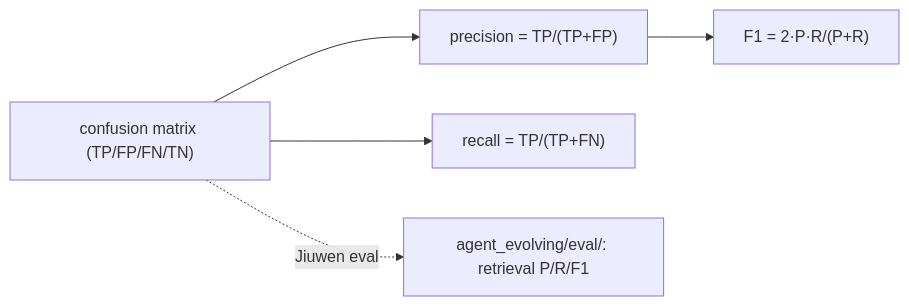
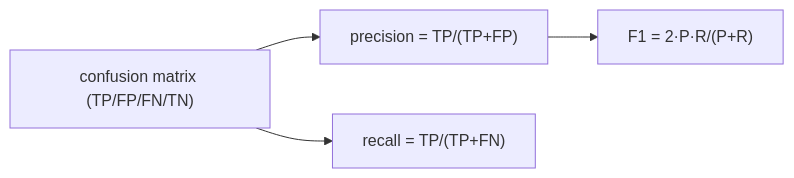
Before and after one commit to michaelatamuk/openjiuwen-knowledge: the seventh of 18 diagrams in content/topics/00-ml-foundations.md, drawn with Mermaid. The commit also changed other lines of this file and 57 other files, not shown here.

````diff
--- a/content/topics/00-ml-foundations.md
+++ b/content/topics/00-ml-foundations.md
@@ -208,7 +140,6 @@
 ```mermaid
 flowchart LR
     CM["confusion matrix (TP/FP/FN/TN)"] --> P["precision = TP/(TP+FP)"]
     CM --> R["recall = TP/(TP+FN)"]
     P --> F["F1 = 2·P·R/(P+R)"]
-    CM -.->|"Jiuwen eval"| EV["agent_evolving/eval/: retrieval P/R/F1"]
 ```
````
